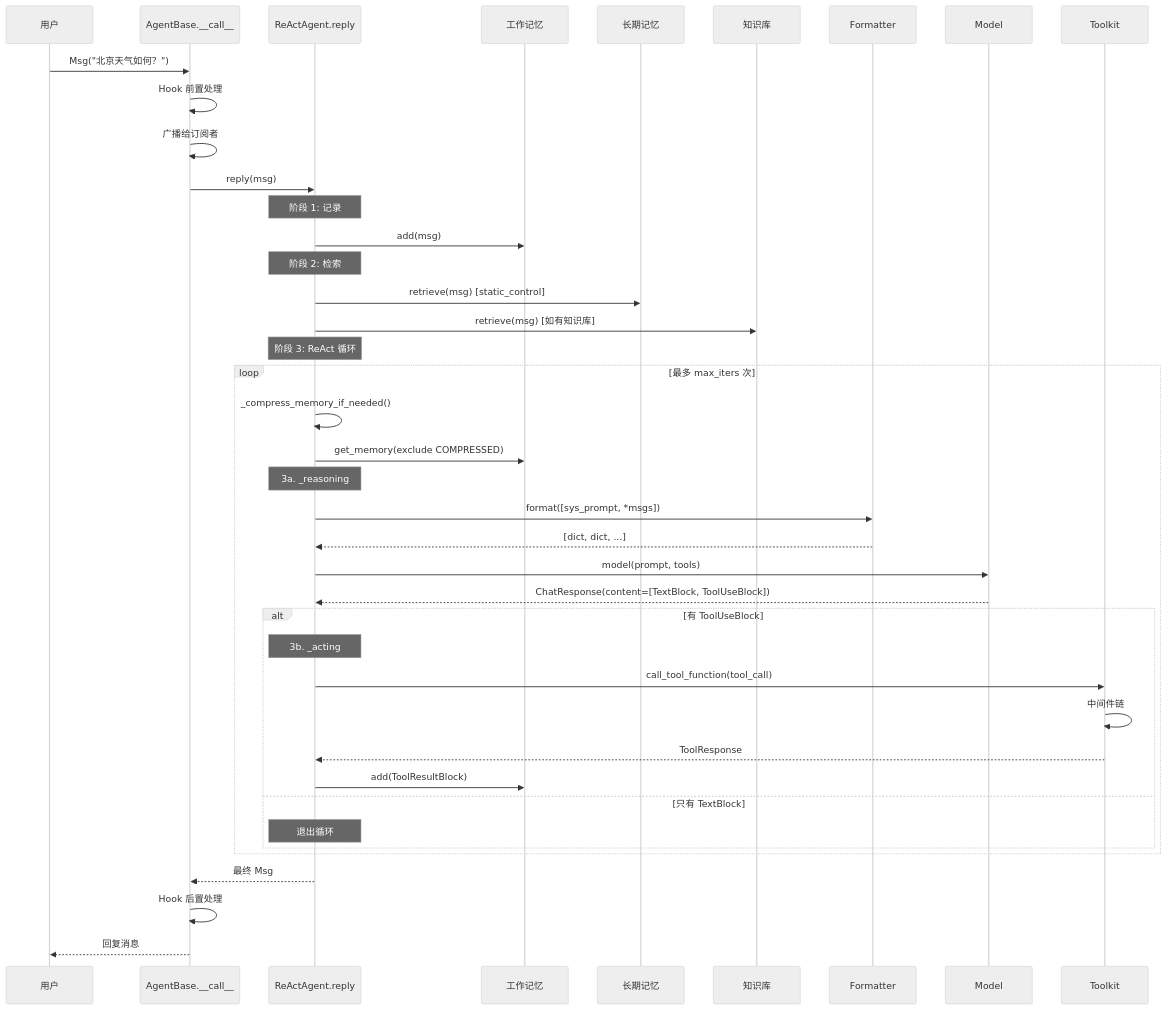
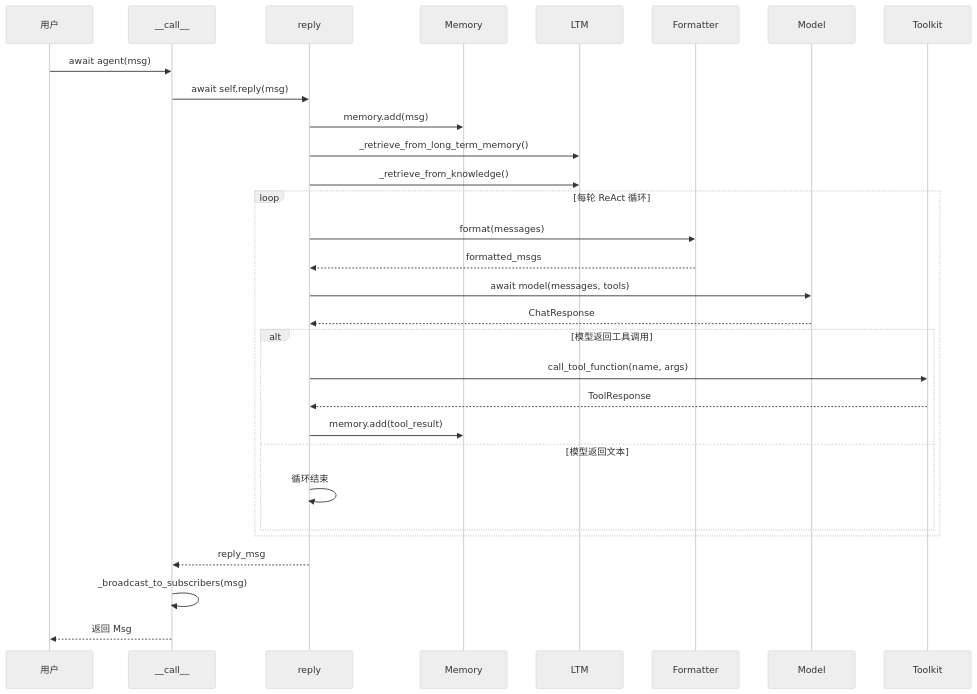
One commit to agentscope-ai/agentscope changed the diagram in teaching/book/volume-1-journey/ch12-journey-review.md. Above: the diagram before and after it, drawn with Mermaid (neutral theme). The commit also changed other lines of this file, not shown here.

````diff
--- a/teaching/book/volume-1-journey/ch12-journey-review.md
+++ b/teaching/book/volume-1-journey/ch12-journey-review.md
@@ -7,51 +10,36 @@
 ```mermaid
 sequenceDiagram
-    participant U as 用户
-    participant AB as AgentBase.__call__
-    participant R as ReActAgent.reply
-    participant M as 工作记忆
-    participant LTM as 长期记忆
-    participant KB as 知识库
-    participant F as Formatter
-    participant Mod as Model
-    participant TK as Toolkit
+    participant 用户
+    participant __call__
+    participant reply
+    participant Memory
+    participant LTM
+    participant Formatter
+    participant Model
+    participant Toolkit
 
-    U->>AB: Msg("北京天气如何？")
-    AB->>AB: Hook 前置处理
-    AB->>AB: 广播给订阅者
-    AB->>R: reply(msg)
+    用户->>__call__: await agent(msg)
+    __call__->>reply: await self.reply(msg)
+    reply->>Memory: memory.add(msg)
+    reply->>LTM: _retrieve_from_long_term_memory()
+    reply->>LTM: _retrieve_from_knowledge()
 
-    Note over R: 阶段 1: 记录
-    R->>M: add(msg)
+    loop 每轮 ReAct 循环
+        reply->>Formatter: format(messages)
+        Formatter-->>reply: formatted_msgs
+        reply->>Model: await model(messages, tools)
+        Model-->>reply: ChatResponse
 
-    Note over R: 阶段 2: 检索
-    R->>LTM: retrieve(msg) [static_control]
-    R->>KB: retrieve(msg) [如有知识库]
-
-    Note over R: 阶段 3: ReAct 循环
-
-    loop 最多 max_iters 次
-        R->>R: _compress_memory_if_needed()
-        R->>M: get_memory(exclude COMPRESSED)
-
-        Note over R: 3a. _reasoning
-        R->>F: format([sys_prompt, *msgs])
-        F-->>R: [dict, dict, ...]
-        R->>Mod: model(prompt, tools)
-        Mod-->>R: ChatResponse(content=[TextBlock, ToolUseBlock])
-
-        alt 有 ToolUseBlock
-            Note over R: 3b. _acting
-            R->>TK: call_tool_function(tool_call)
-            TK->>TK: 中间件链
-            TK-->>R: ToolResponse
-            R->>M: add(ToolResultBlock)
-        else 只有 TextBlock
-            Note over R: 退出循环
+        alt 模型返回工具调用
+            reply->>Toolkit: call_tool_function(name, args)
+            Toolkit-->>reply: ToolResponse
+            reply->>Memory: memory.add(tool_result)
+        else 模型返回文本
+            reply->>reply: 循环结束
         end
     end
 
-    R-->>AB: 最终 Msg
-    AB->>AB: Hook 后置处理
-    AB-->>U: 回复消息
+    reply-->>__call__: reply_msg
+    __call__->>__call__: _broadcast_to_subscribers(msg)
+    __call__-->>用户: 返回 Msg
 ```
````
